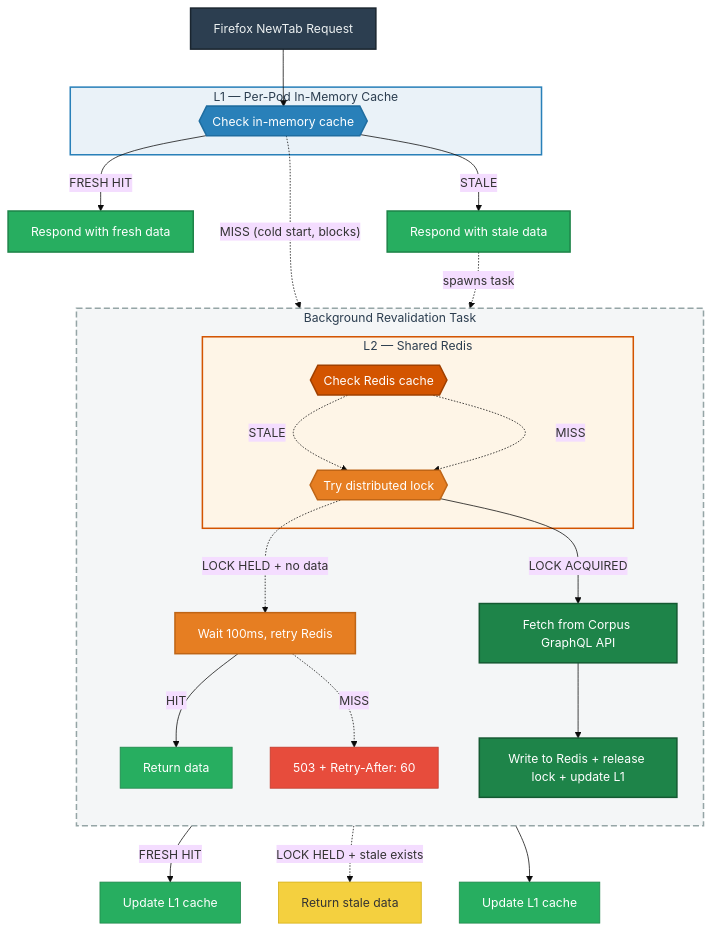
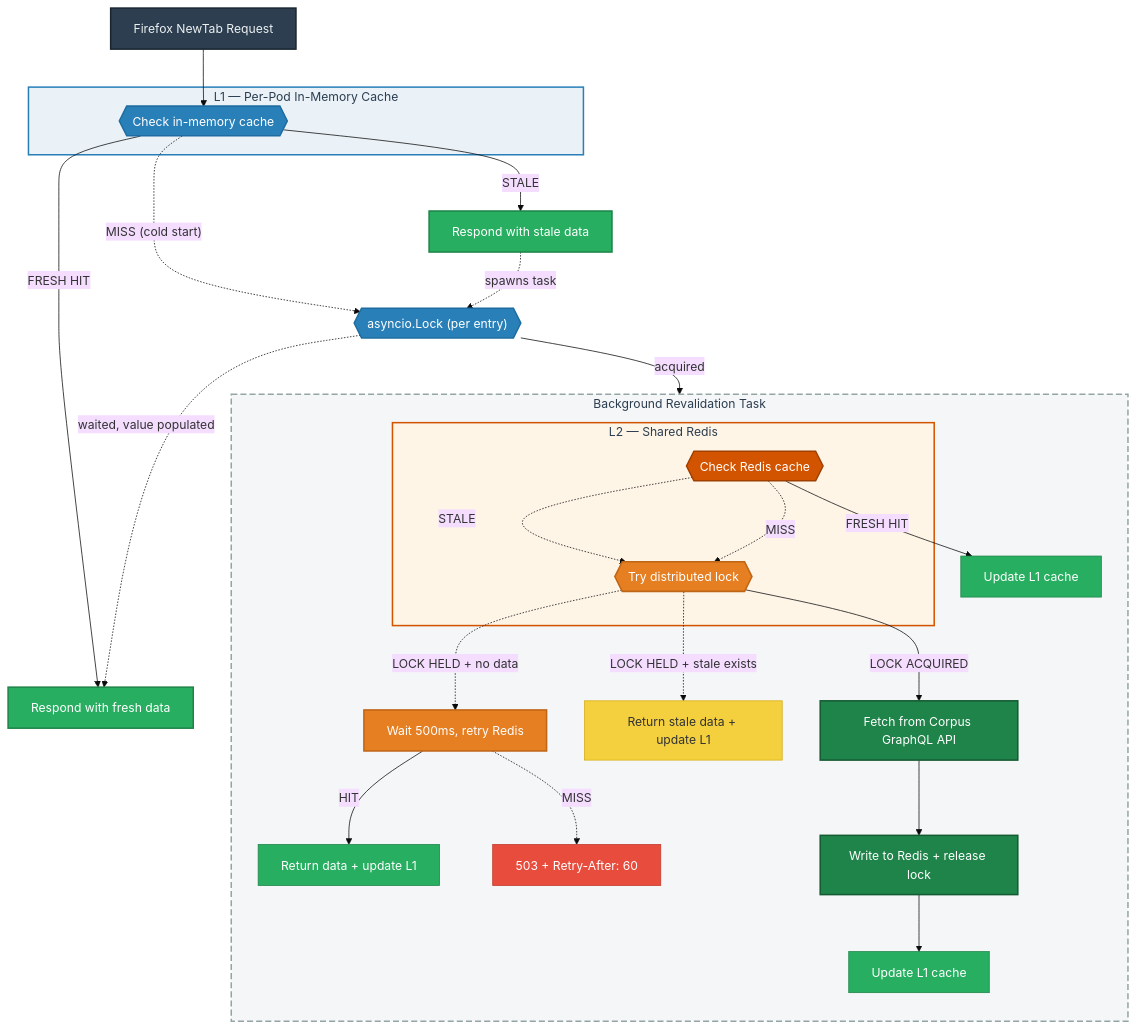
One commit to mozilla-services/merino-py changed the diagram in docs/operations/curated-recommendations/corpus-cache.md. Above: the diagram before and after it, drawn with Mermaid (base theme). The commit also changed other lines of this file and 1 other file, not shown here.

Commit message:
Add asyncio.Lock to diagram, increase retry delay to 500ms, document Redis timeout caveat
- Show L1 asyncio.Lock in diagram between L1 miss and L2 check
- Increase cold-miss retry delay from 100ms to 500ms (P95 API latency is ~217ms)
- Document intra-pod coalescing via asyncio.Lock in cold-miss prose
- Document Redis timeout caveat: lock holder blocks, slowing circuit breaker

````diff
--- a/docs/operations/curated-recommendations/corpus-cache.md
+++ b/docs/operations/curated-recommendations/corpus-cache.md
@@ -11,65 +11,71 @@
 ```mermaid
 flowchart TB
     req["Firefox NewTab Request"]
 
     subgraph L1 ["L1 — Per-Pod In-Memory Cache"]
         check_l1{{"Check in-memory cache"}}
     end
 
     respond_fresh["Respond with fresh data"]
     respond_stale["Respond with stale data"]
 
     subgraph bg ["Background Revalidation Task"]
         direction TB
 
         subgraph L2 ["L2 — Shared Redis"]
             check_l2{{"Check Redis cache"}}
             acquire_lock{{"Try distributed lock"}}
         end
 
         api["Fetch from Corpus GraphQL API"]
-        write["Write to Redis + release lock + update L1"]
-        retry_redis["Wait 100ms, retry Redis"]
-        done_retry["Return data"]
+        write["Write to Redis + release lock"]
+        retry_redis["Wait 500ms, retry Redis"]
+        done_l2["Update L1 cache"]
+        done_api["Update L1 cache"]
+        done_retry["Return data + update L1"]
+        serve_stale["Return stale data + update L1"]
         return_503["503 + Retry-After: 60"]
     end
 
     req --> check_l1
 
     check_l1 -- "FRESH HIT" --> respond_fresh
     check_l1 -- "STALE" --> respond_stale
-    check_l1 -. "MISS (cold start, blocks)" .-> check_l2
+    check_l1 -. "MISS (cold start)" .-> l1_lock{{"asyncio.Lock (per entry)"}}
 
-    respond_stale -. "spawns task" .-> check_l2
+    respond_stale -. "spawns task" .-> l1_lock
+    l1_lock -- "acquired" --> check_l2
+    l1_lock -. "waited, value populated" .-> respond_fresh
 
-    check_l2 -- "FRESH HIT" --> done_l2["Update L1 cache"]
+    check_l2 -- "FRESH HIT" --> done_l2
     check_l2 -. "STALE" .-> acquire_lock
     check_l2 -. "MISS" .-> acquire_lock
 
     acquire_lock -- "LOCK ACQUIRED" --> api
-    acquire_lock -. "LOCK HELD + stale exists" .-> serve_stale["Return stale data"]
+    acquire_lock -. "LOCK HELD + stale exists" .-> serve_stale
     acquire_lock -. "LOCK HELD + no data" .-> retry_redis
 
     retry_redis -- "HIT" --> done_retry
     retry_redis -. "MISS" .-> return_503
 
-    api --> write --> done_api["Update L1 cache"]
+    api --> write --> done_api
 
     style req fill:#2c3e50,stroke:#1a252f,color:#ecf0f1,stroke-width:2px
     style check_l1 fill:#2980b9,stroke:#1f6da0,color:#fff,stroke-width:2px
+    style l1_lock fill:#2980b9,stroke:#1f6da0,color:#fff,stroke-width:2px
     style check_l2 fill:#d35400,stroke:#a04000,color:#fff,stroke-width:2px
     style acquire_lock fill:#e67e22,stroke:#bf6516,color:#fff,stroke-width:2px
     style api fill:#1e8449,stroke:#145a32,color:#fff,stroke-width:2px
     style write fill:#1e8449,stroke:#145a32,color:#fff,stroke-width:2px
     style respond_fresh fill:#27ae60,stroke:#1e8449,color:#fff,stroke-width:2px
     style respond_stale fill:#27ae60,stroke:#1e8449,color:#fff,stroke-width:2px
     style serve_stale fill:#f4d03f,stroke:#d4ac0f,color:#333
     style retry_redis fill:#e67e22,stroke:#bf6516,color:#fff,stroke-width:2px
+    style done_l2 fill:#27ae60,stroke:#1e8449,color:#fff
+    style done_api fill:#27ae60,stroke:#1e8449,color:#fff
     style done_retry fill:#27ae60,stroke:#1e8449,color:#fff
     style return_503 fill:#e74c3c,stroke:#c0392b,color:#fff
-    style done_l2 fill:#27ae60,stroke:#1e8449,color:#fff
-    style done_api fill:#27ae60,stroke:#1e8449,color:#fff
     style L1 fill:#eaf2f8,stroke:#2980b9,stroke-width:2px,color:#2c3e50
     style L2 fill:#fef5e7,stroke:#d35400,stroke-width:2px,color:#2c3e50
     style bg fill:#f4f6f7,stroke:#95a5a6,stroke-width:2px,stroke-dasharray: 8 4,color:#2c3e50
 ```
````
